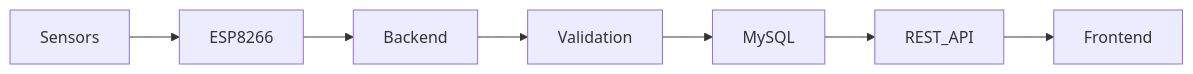
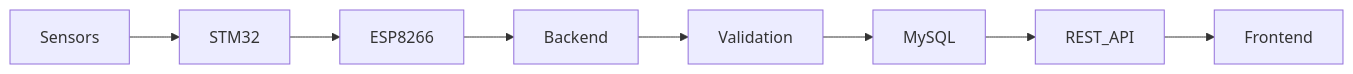
Before and after one commit to jostran1406/Phase_2_Group_11: the fifth of 8 diagrams in docs/architecture/backend.md, drawn with Mermaid. The commit also changed other lines of this file and 1 other file, not shown here.

Commit message:
Update architecture based on STM32-ESP8266 communication design

````diff
--- a/docs/architecture/backend.md
+++ b/docs/architecture/backend.md
@@ -141,9 +133,17 @@
 ```mermaid
 flowchart LR
-Sensors --> ESP8266
+
+Sensors --> STM32
+
+STM32 --> ESP8266
+
 ESP8266 --> Backend
+
 Backend --> Validation
+
 Validation --> MySQL
+
 MySQL --> REST_API
+
 REST_API --> Frontend
 ```
````
